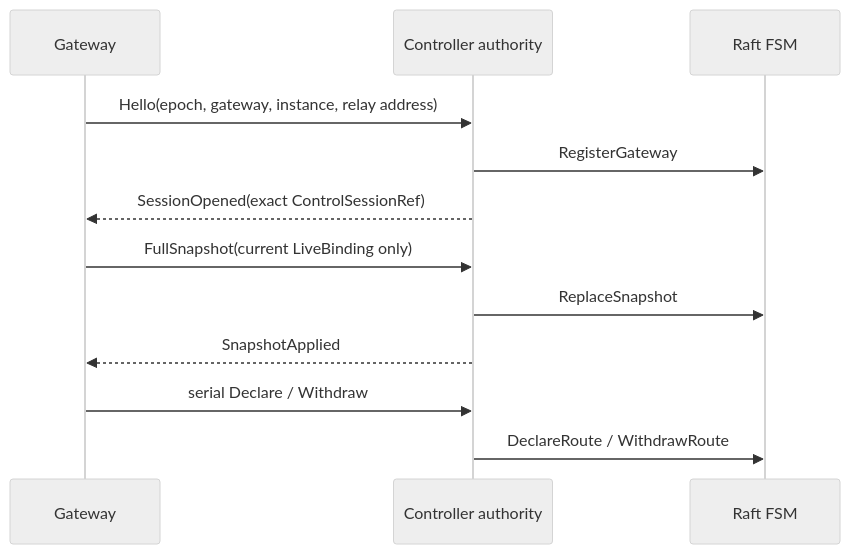
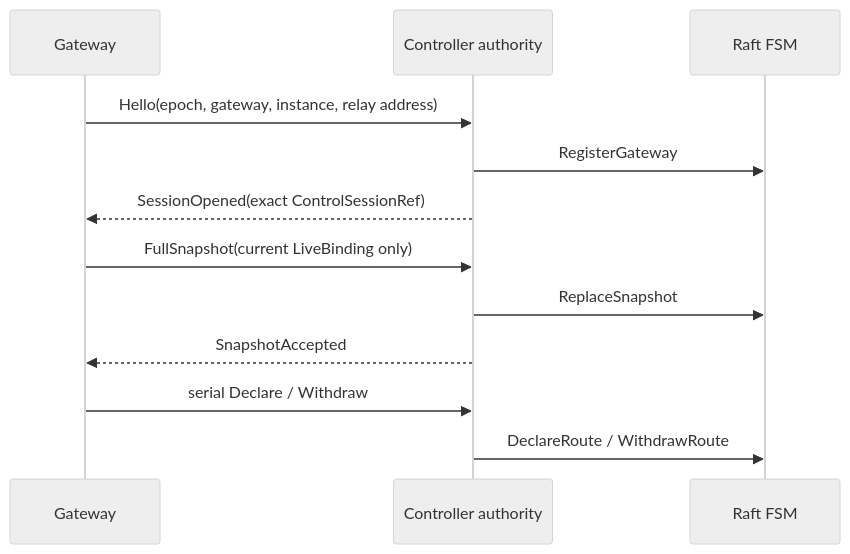
Before and after one commit to cagojeiger/relaygate: the second of 2 diagrams in docs/spec/001-system-model.md, drawn with Mermaid (neutral theme). The commit also changed other lines of this file and 19 other files, not shown here.

Commit message:
refactor: simplify admission and bootstrap flow

````diff
--- a/docs/spec/001-system-model.md
+++ b/docs/spec/001-system-model.md
@@ -70,14 +70,14 @@
 ```mermaid
 sequenceDiagram
     participant G as Gateway
     participant A as Controller authority
     participant R as Raft FSM
     G->>A: Hello(epoch, gateway, instance, relay address)
     A->>R: RegisterGateway
     A-->>G: SessionOpened(exact ControlSessionRef)
     G->>A: FullSnapshot(current LiveBinding only)
     A->>R: ReplaceSnapshot
-    A-->>G: SnapshotApplied
+    A-->>G: SnapshotAccepted
     G->>A: serial Declare / Withdraw
     A->>R: DeclareRoute / WithdrawRoute
 ```
````
